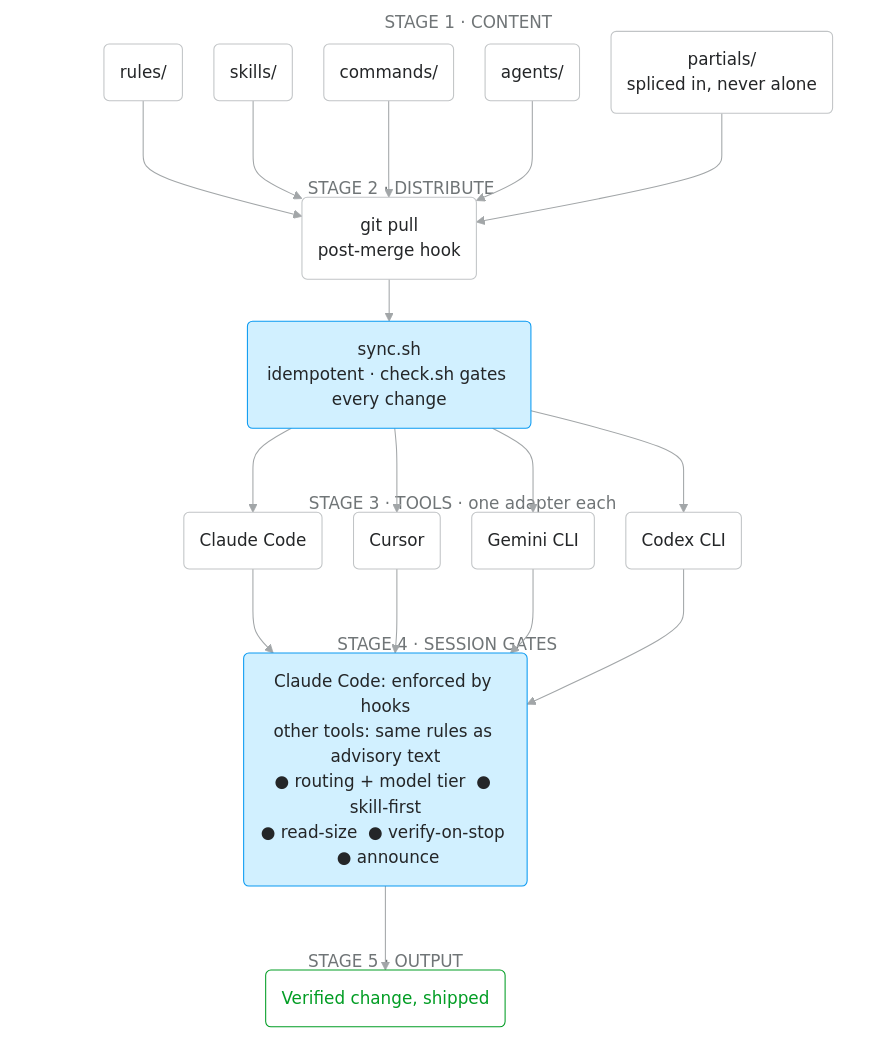
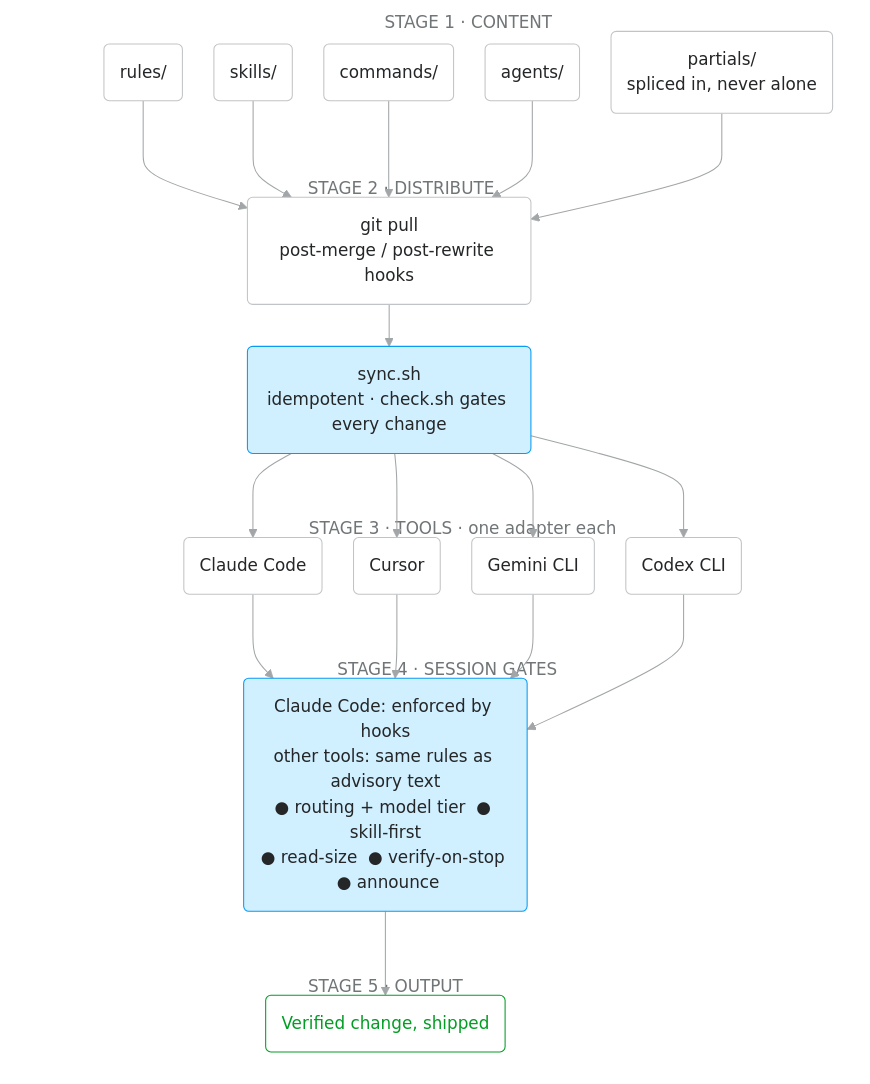
One commit to raditia/CraftKit changed the first of 13 diagrams in README.md. Above: the diagram before and after it, drawn with Mermaid. The commit also changed other lines of this file and 5 other files, not shown here.

````diff
--- a/README.md
+++ b/README.md
@@ -161,63 +161,63 @@
 ```mermaid
 ---
 config:
   theme: base
   look: classic
   fontFamily: "-apple-system, BlinkMacSystemFont, Segoe UI, Helvetica, Arial, sans-serif"
   themeVariables:
     fontFamily: "-apple-system, BlinkMacSystemFont, Segoe UI, Helvetica, Arial, sans-serif"
     fontSize: 16px
     primaryColor: "#FFFFFF"
     primaryBorderColor: "#C1C4C6"
     primaryTextColor: "#242628"
     lineColor: "#A2A6A8"
     clusterBkg: "#F5FBFF"
     clusterBorder: "#F0F1F2"
     titleColor: "#707577"
     edgeLabelBackground: "#FFFFFF"
   flowchart:
     curve: basis
     wrappingWidth: 240
     nodeSpacing: 30
     rankSpacing: 40
 ---
 flowchart TB
     subgraph S1["STAGE 1 · CONTENT"]
         c1("rules/")
         c2("skills/")
         c3("commands/")
         c4("agents/")
         c5("partials/<br/>spliced in, never alone")
     end
     subgraph S2["STAGE 2 · DISTRIBUTE"]
-        pull("git pull<br/>post-merge hook") --> sync("sync.sh<br/>idempotent · check.sh gates every change")
+        pull("git pull<br/>post-merge / post-rewrite hooks") --> sync("sync.sh<br/>idempotent · check.sh gates every change")
     end
     subgraph S3["STAGE 3 · TOOLS · one adapter each"]
         t1("Claude Code")
         t2("Cursor")
         t3("Gemini CLI")
         t4("Codex CLI")
     end
     subgraph S4["STAGE 4 · SESSION GATES"]
         gates("Claude Code: enforced by hooks<br/>other tools: same rules as advisory text<br/>● routing + model tier  ● skill-first<br/>● read-size  ● verify-on-stop  ● announce")
     end
     subgraph S5["STAGE 5 · OUTPUT"]
         out("Verified change, shipped")
     end
     c1 & c2 & c3 & c4 & c5 --> pull
     sync --> t1 & t2 & t3 & t4
     t1 & t2 & t3 & t4 --> gates
     gates --> out
 
     classDef n fill:#FFFFFF,stroke:#C1C4C6,color:#242628
     classDef key fill:#D1F0FF,stroke:#0A9AF2,color:#242628
     classDef ok fill:#FFFFFF,stroke:#029D24,color:#029D24
     class c1,c2,c3,c4,c5,pull,t1,t2,t3,t4 n
     class sync,gates key
     class out ok
     style S1 fill:transparent,stroke:transparent
     style S2 fill:transparent,stroke:transparent
     style S3 fill:transparent,stroke:transparent
     style S4 fill:transparent,stroke:transparent
     style S5 fill:transparent,stroke:transparent
 ```
````
